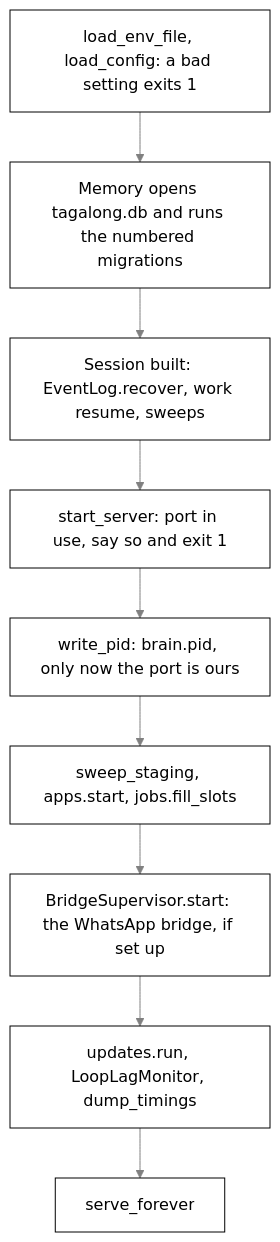
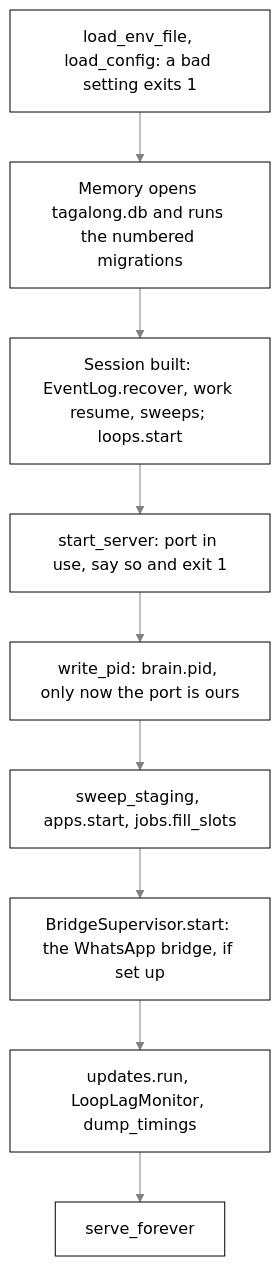
The second of 4 diagrams in docs/brain/README.md (nadeem4/tagalong), drawn with Mermaid before and after one commit. The commit also changed other lines of this file and 2 other files, not shown here.

Commit message:
docs: review fixes for brain overview, setup, safety and loops

````diff
--- a/docs/brain/README.md
+++ b/docs/brain/README.md
@@ -218,12 +235,12 @@
 ```mermaid
 %%{init: {"theme": "base", "themeVariables": {"primaryColor": "#ffffff", "primaryTextColor": "#000000", "primaryBorderColor": "#000000", "lineColor": "#808080", "arrowheadColor": "#808080", "secondaryColor": "#f2f2f2", "tertiaryColor": "#ffffff", "clusterBkg": "#f7f7f7", "clusterBorder": "#808080", "edgeLabelBackground": "#ffffff", "titleColor": "#808080", "actorBkg": "#ffffff", "actorBorder": "#000000", "actorTextColor": "#000000", "actorLineColor": "#808080", "signalColor": "#808080", "signalTextColor": "#808080", "sequenceNumberColor": "#ffffff", "labelBoxBkgColor": "#ffffff", "labelBoxBorderColor": "#808080", "labelTextColor": "#000000", "loopTextColor": "#808080", "noteBkgColor": "#f7f7f7", "noteBorderColor": "#808080", "noteTextColor": "#000000", "activationBkgColor": "#f7f7f7", "activationBorderColor": "#808080", "fontFamily": "Segoe UI, Helvetica, Arial, sans-serif"}, "themeCSS": ".relationshipLabelBox{opacity:1} .relationshipLabelBox rect{opacity:1}"}}%%
 flowchart TD
   A["load_env_file, load_config: a bad setting exits 1"] --> B["Memory opens tagalong.db and runs the numbered migrations"]
-  B --> C["Session built: EventLog.recover, work resume, sweeps"]
+  B --> C["Session built: EventLog.recover, work resume, sweeps; loops.start"]
   C --> D["start_server: port in use, say so and exit 1"]
   D --> E["write_pid: brain.pid, only now the port is ours"]
   E --> F["sweep_staging, apps.start, jobs.fill_slots"]
   F --> G["BridgeSupervisor.start: the WhatsApp bridge, if set up"]
   G --> H["updates.run, LoopLagMonitor, dump_timings"]
   H --> I["serve_forever"]
 ```
````
